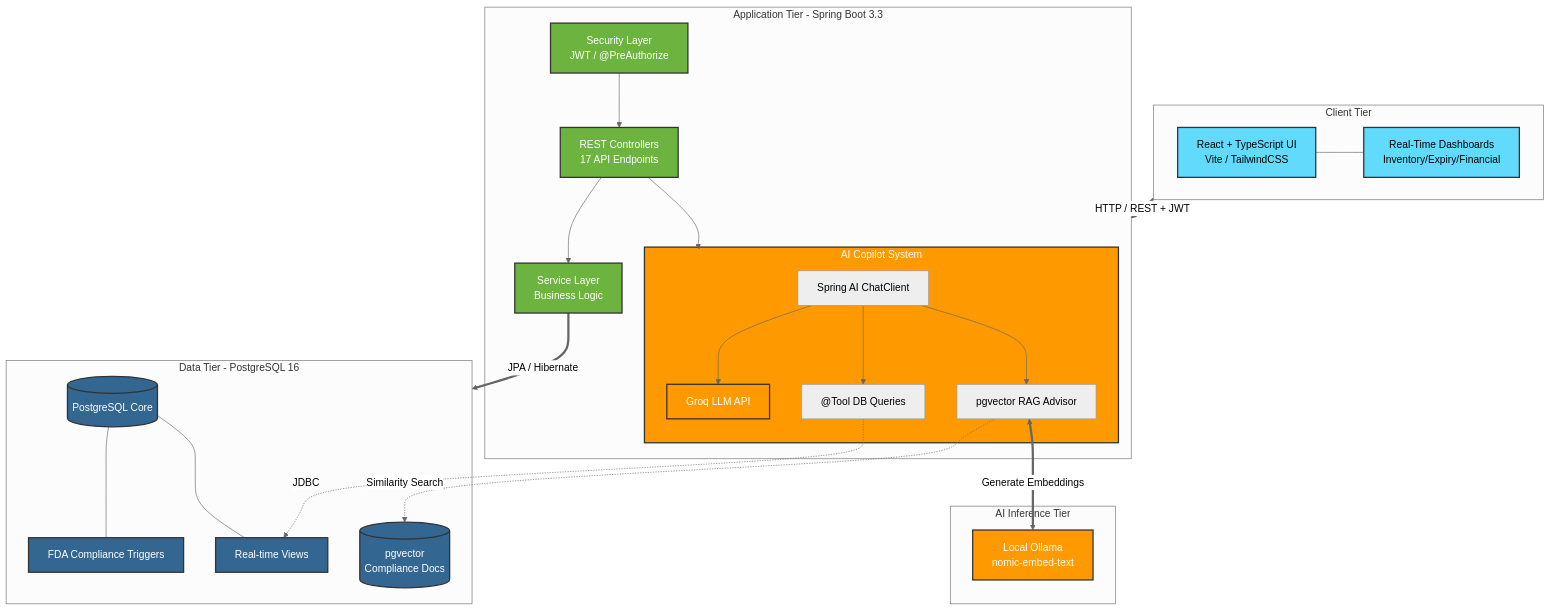
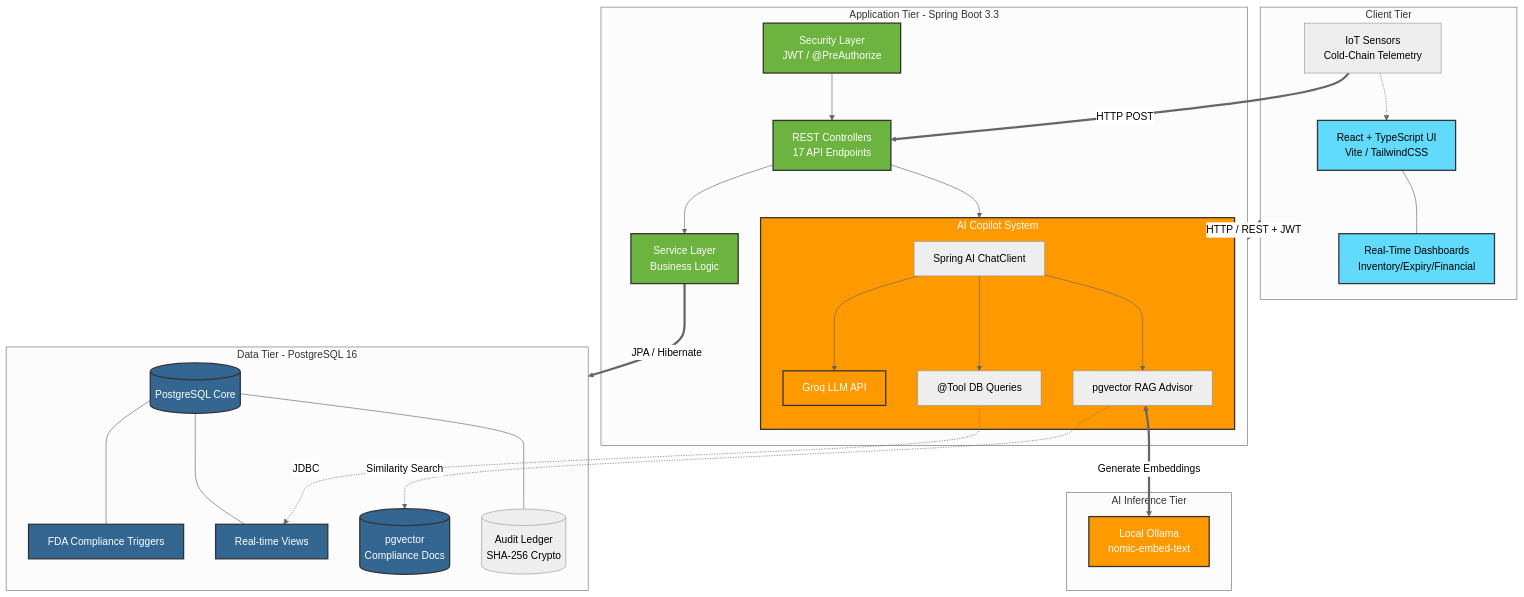
One commit to Urvish2007/PharmaChain-DB changed the first of 3 diagrams in README.md. Above: the diagram before and after it, drawn with Mermaid (neutral theme). The commit also changed other lines of this file and 1 other file, not shown here.

Commit message:
docs: Update README with IoT and Audit Ledger features & fix frontend compilation

````diff
--- a/README.md
+++ b/README.md
@@ -60,62 +60,67 @@
 ```mermaid
 graph TD
     %% Client Tier
     subgraph Client_Tier [Client Tier]
         ReactUI[React + TypeScript UI<br>Vite / TailwindCSS]
         Dashboards[Real-Time Dashboards<br>Inventory/Expiry/Financial]
+        IoTSensors[IoT Sensors<br>Cold-Chain Telemetry]
         ReactUI --- Dashboards
+        IoTSensors -.-> ReactUI
     end
 
     %% Application Tier
     subgraph Application_Tier [Application Tier - Spring Boot 3.3]
         Security[Security Layer<br>JWT / @PreAuthorize]
         Controllers[REST Controllers<br>17 API Endpoints]
         Services[Service Layer<br>Business Logic]
         
         subgraph AICopilot [AI Copilot System]
             SpringAI[Spring AI ChatClient]
             Groq[Groq LLM API]
             Tools["@Tool DB Queries"]
             RAG[pgvector RAG Advisor]
             SpringAI --> Groq
             SpringAI --> Tools
             SpringAI --> RAG
         end
 
         Security --> Controllers
         Controllers --> Services
         Controllers --> AICopilot
     end
 
     %% Data Tier
     subgraph Data_Tier [Data Tier - PostgreSQL 16]
         DB[(PostgreSQL Core)]
         Triggers[FDA Compliance Triggers]
         Views[Real-time Views]
         PGVector[(pgvector<br>Compliance Docs)]
+        Ledger[(Audit Ledger<br>SHA-256 Crypto)]
         DB --- Triggers
         DB --- Views
+        DB --- Ledger
     end
     
     %% AI Inference Tier
     subgraph AI_Tier [AI Inference Tier]
         Ollama[Local Ollama<br>nomic-embed-text]
     end
 
     %% Connections
     Client_Tier ==>|HTTP / REST + JWT| Application_Tier
     Services ==>|JPA / Hibernate| Data_Tier
+    IoTSensors ==>|HTTP POST| Controllers
     Tools -.->|JDBC| Views
     RAG -.->|Similarity Search| PGVector
     RAG <==>|Generate Embeddings| Ollama
     
     classDef ui fill:#61DAFB,stroke:#333,stroke-width:2px,color:#000;
     classDef spring fill:#6DB33F,stroke:#333,stroke-width:2px,color:#fff;
     classDef db fill:#336791,stroke:#333,stroke-width:2px,color:#fff;
     classDef ai fill:#FF9900,stroke:#333,stroke-width:2px,color:#fff;
     
     class ReactUI,Dashboards ui;
     class Security,Controllers,Services spring;
     class DB,PGVector,Triggers,Views db;
     class Groq,Ollama,AICopilot ai;
 ```
````
